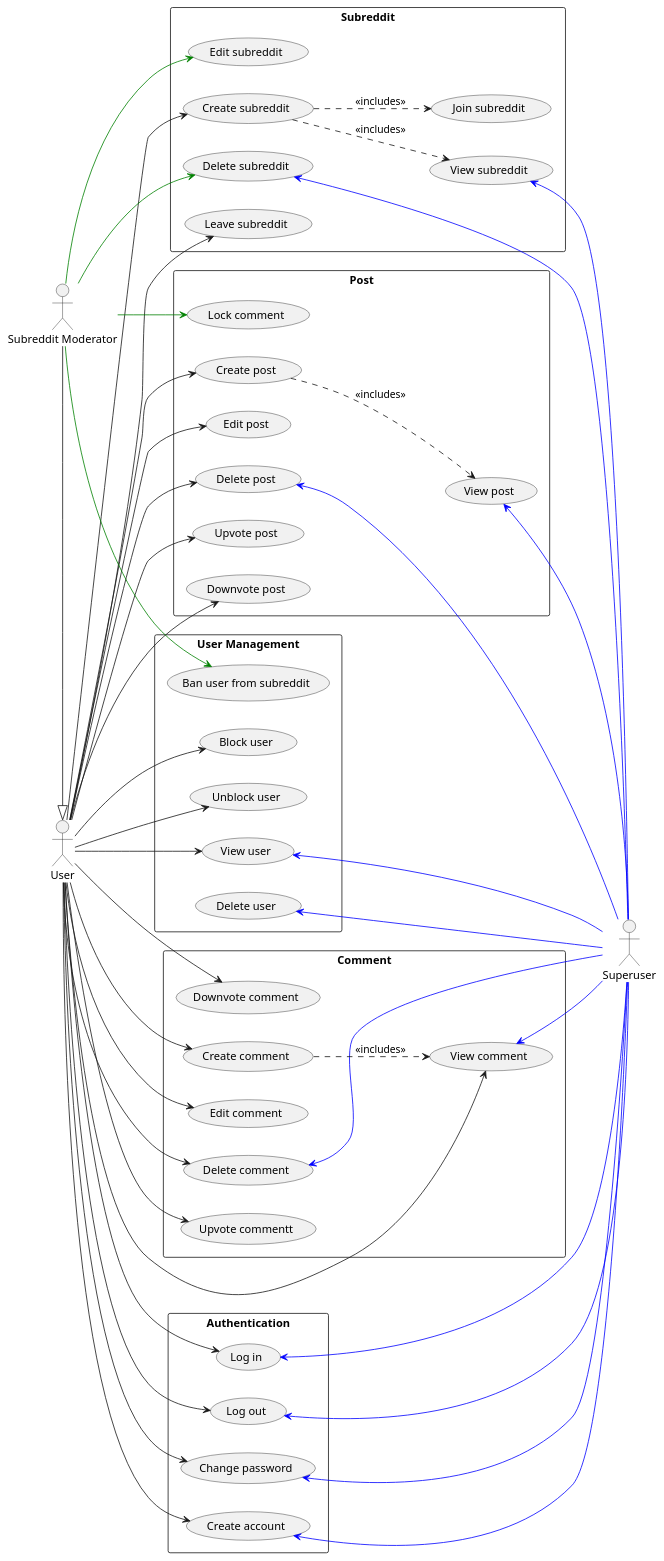
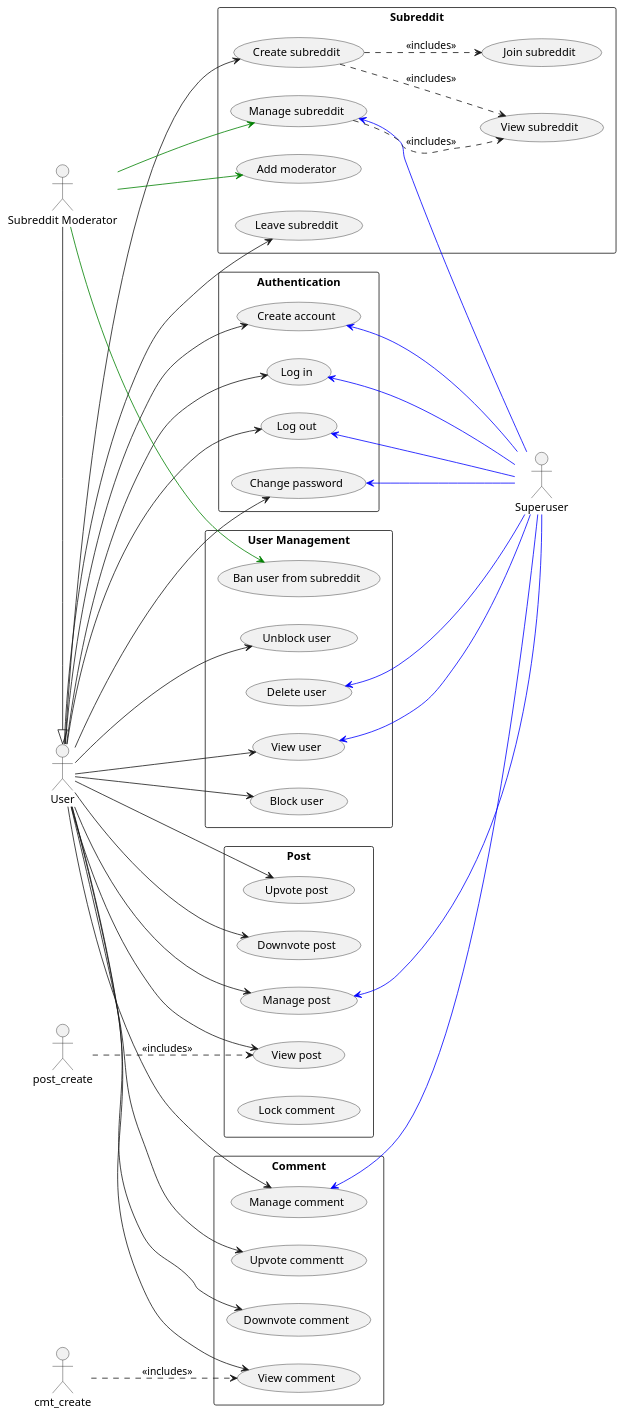
The diagram in use_case.puml (Huy-Ngo/reddit-design), drawn with PlantUML before and after one commit. The commit also changed 3 other files, not shown here.

Commit message:
Forget main diagram

```diff
--- a/use_case.puml
+++ b/use_case.puml
@@ -1,106 +1,96 @@
 @startuml
 skinparam packageStyle rectangle
 left to right direction
 actor "User" as user
 actor "Subreddit Moderator" as mod
 actor "Superuser" as su
 mod -|> user
 
 rectangle Post as post {
-  usecase "Create post" as post_create
+  usecase "Manage post" as post_manage
   usecase "View post" as post_read
-  usecase "Edit post" as post_update
-  usecase "Delete post" as post_delete
 
   usecase "Upvote post" as post_up
   usecase "Downvote post" as post_down
   usecase "Lock comment" as post_lock
 }
 
 rectangle Comment as cmt {
-  usecase "Create comment" as cmt_create
+  usecase "Manage comment" as cmt_manage
   usecase "View comment" as cmt_read
-  usecase "Edit comment" as cmt_update
-  usecase "Delete comment" as cmt_delete
 
   usecase "Upvote commentt" as cmt_up
   usecase "Downvote comment" as cmt_down
 }
 
 rectangle Subreddit as sub {
   usecase "Create subreddit" as sub_create
   usecase "View subreddit" as sub_read
-  usecase "Edit subreddit" as sub_update
-  usecase "Delete subreddit" as sub_delete
+  usecase "Manage subreddit" as sub_manage
+  usecase "Add moderator" as sub_add_mod
 
   usecase "Join subreddit" as sub_join
   usecase "Leave subreddit" as sub_leave
 }
 
 rectangle "User Management" as user_mng {
   usecase "View user" as user_read
   usecase "Delete user" as user_delete
   usecase "Block user" as user_block
   usecase "Unblock user" as user_unblock
   usecase "Ban user from subreddit" as user_ban
 }
 
 rectangle "Authentication" as auth {
   usecase "Create account" as acc_create
   usecase "Log in" as login
   usecase "Log out" as logout
   usecase "Change password" as pwd_change
 }
 
 user --> acc_create
 user --> login
 user --> logout
 user --> pwd_change
 
-user --> post_create
-user --> post_update
-user --> post_delete
+user --> post_manage
+user --> post_read
 
 user --> post_up
 user --> post_down
 
-user --> cmt_create
+user --> cmt_manage
 user --> cmt_read
-user --> cmt_update
-user --> cmt_delete
 
 user --> cmt_up
 user --> cmt_down
 
 user --> sub_create
 user --> sub_leave
 
 user --> user_block
 user --> user_unblock
 user --> user_read
 
-mod -[#green]-> post_lock
-mod -[#green]-> sub_update
-mod -[#green]-> sub_delete
+mod -[#green]-> sub_manage
+mod -[#green]-> sub_add_mod
 mod -[#green]-> user_ban
 
-post_read   <-[#blue]- su
-post_delete <-[#blue]- su
-cmt_read    <-[#blue]- su
-cmt_delete  <-[#blue]- su
-sub_read    <-[#blue]- su
-sub_delete  <-[#blue]- su
+post_manage   <-[#blue]- su
+cmt_manage    <-[#blue]- su
+sub_manage    <-[#blue]- su
 user_read   <-[#blue]- su
 user_delete <-[#blue]- su
 
 acc_create  <-[#blue]- su
 login       <-[#blue]- su
 logout      <-[#blue]- su
 pwd_change  <-[#blue]- su
 
 post_create ..> post_read : <<includes>>
 cmt_create ..> cmt_read : <<includes>>
 sub_create ..> sub_read : <<includes>>
 sub_create ..> sub_join : <<includes>>
+sub_manage ..> sub_read : <<includes>>
 
 @enduml
```
